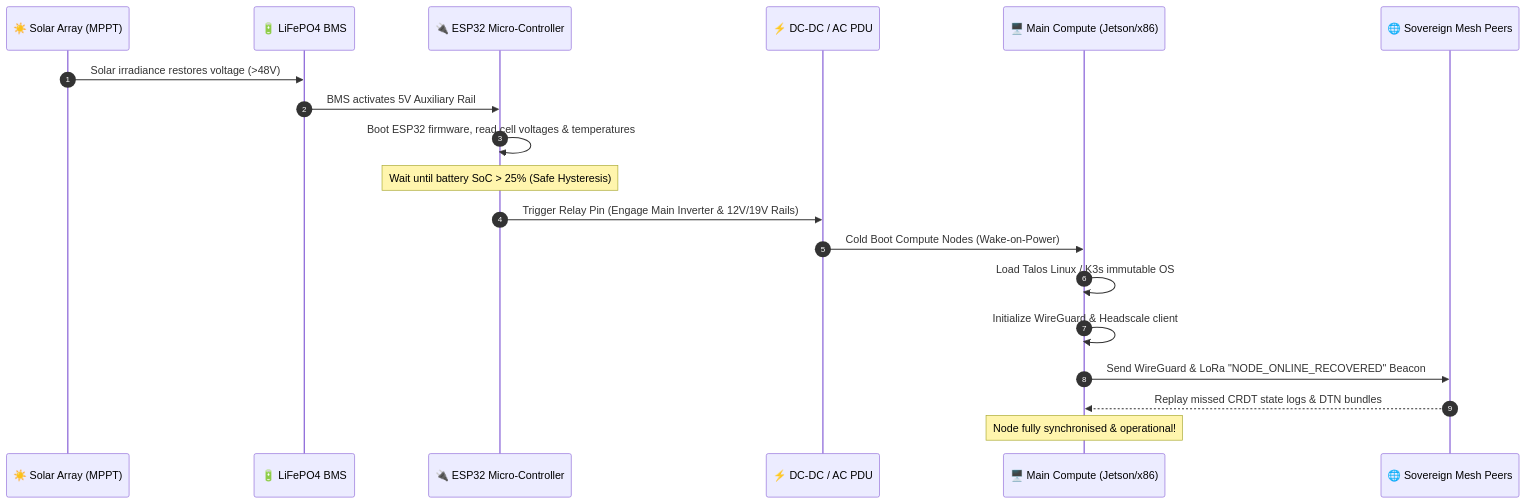
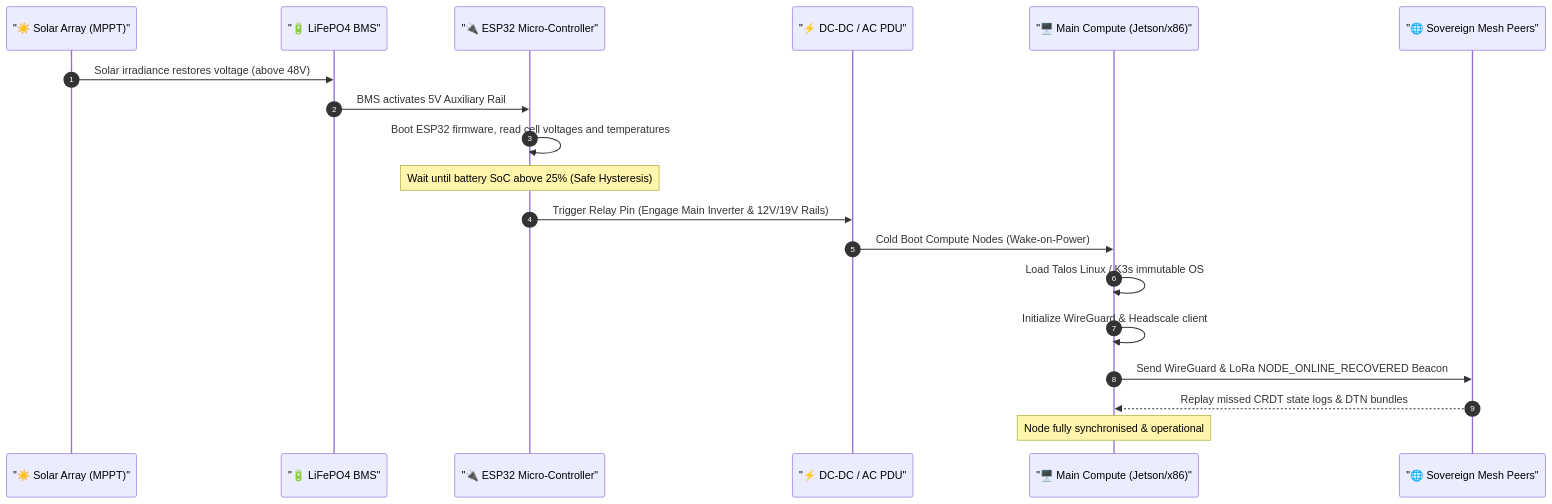
The fifth of 5 diagrams in ARCHITECTURE.md (iliachry/sovereign-mini-datacenter), drawn with Mermaid before and after one commit. The commit also changed other lines of this file, not shown here.

Commit message:
fix(docs): resolve GitHub Mermaid diagram parsing issues in ARCHITECTURE.md

````diff
--- a/ARCHITECTURE.md
+++ b/ARCHITECTURE.md
@@ -307,22 +312,22 @@
 ```mermaid
 sequenceDiagram
     autonumber
-    participant Sun as ☀️ Solar Array (MPPT)
-    participant BMS as 🔋 LiFePO4 BMS
-    participant ESP as 🔌 ESP32 Micro-Controller
-    participant PDU as ⚡ DC-DC / AC PDU
-    participant Compute as 🖥️ Main Compute (Jetson/x86)
-    participant Mesh as 🌐 Sovereign Mesh Peers
+    participant Sun as "☀️ Solar Array (MPPT)"
+    participant BMS as "🔋 LiFePO4 BMS"
+    participant ESP as "🔌 ESP32 Micro-Controller"
+    participant PDU as "⚡ DC-DC / AC PDU"
+    participant Compute as "🖥️ Main Compute (Jetson/x86)"
+    participant Mesh as "🌐 Sovereign Mesh Peers"
 
-    Sun->>BMS: Solar irradiance restores voltage (>48V)
+    Sun->>BMS: Solar irradiance restores voltage (above 48V)
     BMS->>ESP: BMS activates 5V Auxiliary Rail
-    ESP->>ESP: Boot ESP32 firmware, read cell voltages & temperatures
-    Note over ESP: Wait until battery SoC > 25% (Safe Hysteresis)
+    ESP->>ESP: Boot ESP32 firmware, read cell voltages and temperatures
+    Note over ESP: Wait until battery SoC above 25% (Safe Hysteresis)
     ESP->>PDU: Trigger Relay Pin (Engage Main Inverter & 12V/19V Rails)
     PDU->>Compute: Cold Boot Compute Nodes (Wake-on-Power)
     Compute->>Compute: Load Talos Linux / K3s immutable OS
     Compute->>Compute: Initialize WireGuard & Headscale client
-    Compute->>Mesh: Send WireGuard & LoRa "NODE_ONLINE_RECOVERED" Beacon
+    Compute->>Mesh: Send WireGuard & LoRa NODE_ONLINE_RECOVERED Beacon
     Mesh-->>Compute: Replay missed CRDT state logs & DTN bundles
-    Note over Compute: Node fully synchronised & operational!
+    Note over Compute: Node fully synchronised & operational
 ```
````
